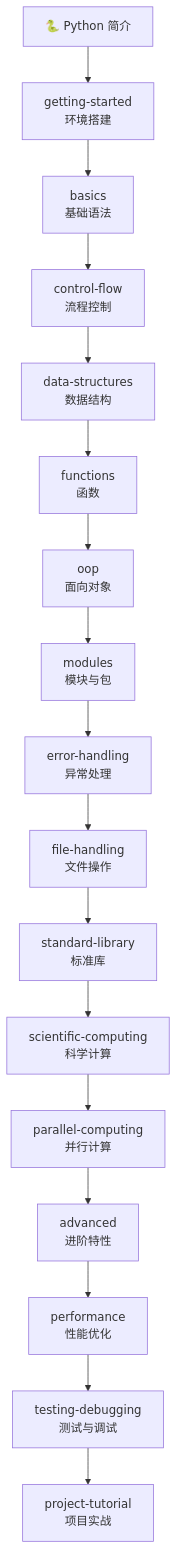
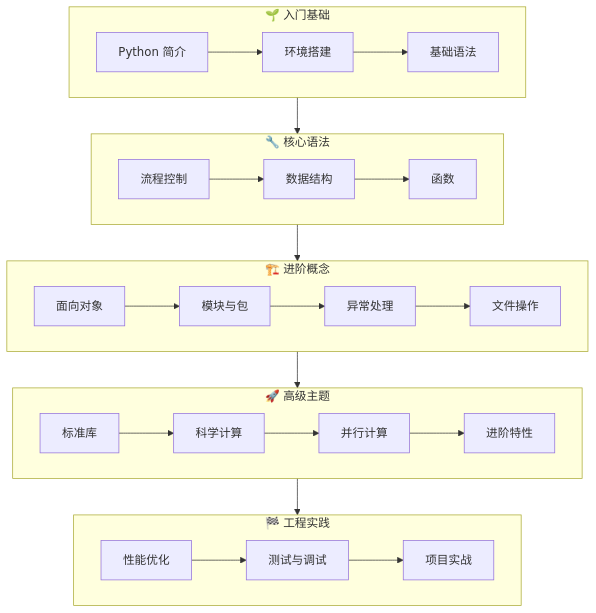
One commit to Destiny-GPU/study-python changed the diagram in docs/docs/intro.mdx. Above: the diagram before and after it, drawn with Mermaid. The commit also changed other lines of this file and 139 other files, not shown here.

First line of the commit message:
修复多项问题: Mermaid暗色模式、流程图布局、名言动画、图标统一

````diff
--- a/docs/docs/intro.mdx
+++ b/docs/docs/intro.mdx
@@ -219,19 +218,27 @@
 ```mermaid
 flowchart TD
-    A["🐍 Python 简介"] --> B["getting-started<br/>环境搭建"]
-    B --> C["basics<br/>基础语法"]
-    C --> D["control-flow<br/>流程控制"]
-    D --> E["data-structures<br/>数据结构"]
-    E --> F["functions<br/>函数"]
-    F --> G["oop<br/>面向对象"]
-    G --> H["modules<br/>模块与包"]
-    H --> I["error-handling<br/>异常处理"]
-    I --> J["file-handling<br/>文件操作"]
-    J --> K["standard-library<br/>标准库"]
-    K --> L["scientific-computing<br/>科学计算"]
-    L --> M["parallel-computing<br/>并行计算"]
-    M --> N["advanced<br/>进阶特性"]
-    N --> O["performance<br/>性能优化"]
-    O --> P["testing-debugging<br/>测试与调试"]
-    P --> Q["project-tutorial<br/>项目实战"]
+    subgraph S1["🌱 入门基础"]
+        direction LR
+        A["Python 简介"] --> B["环境搭建"] --> C["基础语法"]
+    end
+    subgraph S2["🔧 核心语法"]
+        direction LR
+        D["流程控制"] --> E["数据结构"] --> F["函数"]
+    end
+    subgraph S3["🏗️ 进阶概念"]
+        direction LR
+        G["面向对象"] --> H["模块与包"] --> I["异常处理"] --> J["文件操作"]
+    end
+    subgraph S4["🚀 高级主题"]
+        direction LR
+        K["标准库"] --> L["科学计算"] --> M["并行计算"] --> N["进阶特性"]
+    end
+    subgraph S5["🏁 工程实践"]
+        direction LR
+        O["性能优化"] --> P["测试与调试"] --> Q["项目实战"]
+    end
+    C --> D
+    F --> G
+    J --> K
+    N --> O
 ```
````
